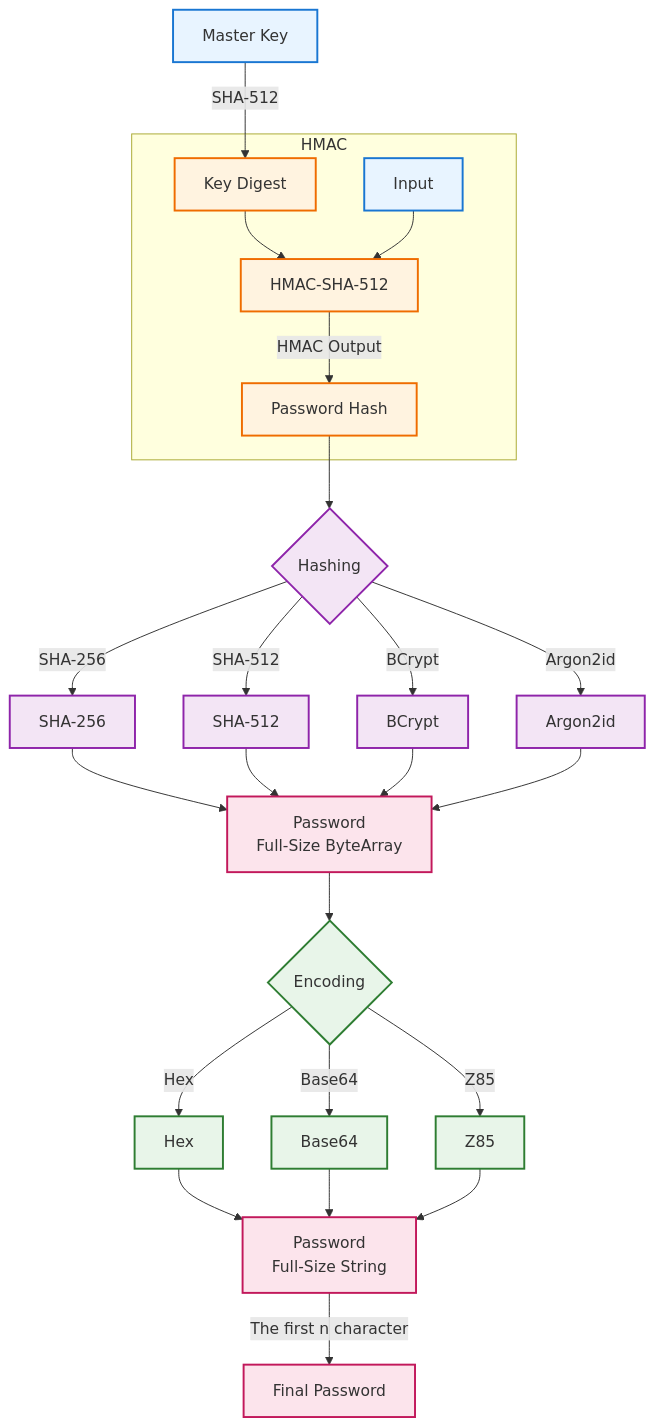
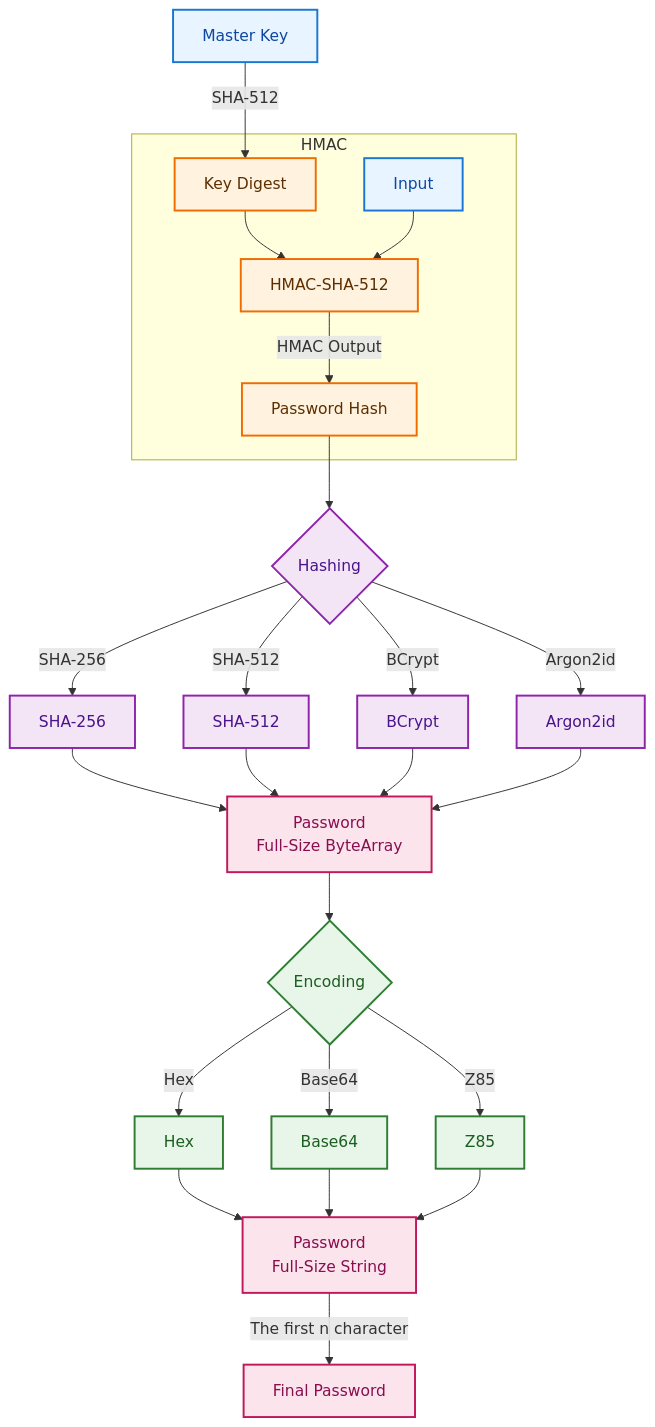
One commit to nasiri97/PassGen changed the diagram in README.md. Above: the diagram before and after it, drawn with Mermaid.

Commit message:
Improve the text color of Reame

````diff
--- a/README.md
+++ b/README.md
@@ -27,68 +27,68 @@
 ```mermaid
 flowchart TD
-    %% ─────────────────────────────────────────────
-    %% Key Derivation / Authentication
-    %% ─────────────────────────────────────────────
+%% ─────────────────────────────────────────────
+%% Key Derivation / Authentication
+%% ─────────────────────────────────────────────
 
     MK["Master Key"] -->|SHA-512| KD["Key Digest"]
 
-		subgraph HMAC_STAGE["HMAC"]
-    KD --> HMAC["HMAC-SHA-512"]
-    IN["Input"] --> HMAC
+    subgraph HMAC_STAGE["HMAC"]
+        KD --> HMAC["HMAC-SHA-512"]
+        IN["Input"] --> HMAC
 
-    HMAC -->|HMAC Output| HASH["Password Hash"]
+        HMAC -->|HMAC Output| HASH["Password Hash"]
     end
-    
 
-    %% ─────────────────────────────────────────────
-    %% Password Hashing / KDF
-    %% ─────────────────────────────────────────────
+
+%% ─────────────────────────────────────────────
+%% Password Hashing / KDF
+%% ─────────────────────────────────────────────
 
     HASH --> ALG{"Hashing"}
 
     ALG -->|SHA-256| SHA256["SHA-256"]
     ALG -->|SHA-512| SHA512["SHA-512"]
     ALG -->|BCrypt| BCRYPT["BCrypt"]
     ALG -->|Argon2id| ARGON["Argon2id"]
 
     SHA256 --> RAW["Password<br/>Full-Size ByteArray"]
     SHA512 --> RAW
     BCRYPT --> RAW
     ARGON --> RAW
 
-    %% ─────────────────────────────────────────────
-    %% Encoding
-    %% ─────────────────────────────────────────────
+%% ─────────────────────────────────────────────
+%% Encoding
+%% ─────────────────────────────────────────────
 
     RAW --> ENC{"Encoding"}
 
     ENC -->|Hex| HEX["Hex"]
     ENC -->|Base64| BASE64["Base64"]
     ENC -->|Z85| Z85["Z85"]
 
     HEX --> STR["Password<br/>Full-Size String"]
     BASE64 --> STR
     Z85 --> STR
 
-    %% ─────────────────────────────────────────────
-    %% Final Output
-    %% ─────────────────────────────────────────────
+%% ─────────────────────────────────────────────
+%% Final Output
+%% ─────────────────────────────────────────────
 
     STR -->|The first n character| OUT["Final Password"]
 
-    %% ─────────────────────────────────────────────
-    %% Styling
-    %% ─────────────────────────────────────────────
+%% ─────────────────────────────────────────────
+%% Styling
+%% ─────────────────────────────────────────────
 
-    classDef input fill:#e8f4ff,stroke:#1976d2,stroke-width:2px
-    classDef crypto fill:#fff3e0,stroke:#ef6c00,stroke-width:2px
-    classDef algorithm fill:#f3e5f5,stroke:#8e24aa,stroke-width:2px
-    classDef encoding fill:#e8f5e9,stroke:#2e7d32,stroke-width:2px
-    classDef output fill:#fce4ec,stroke:#c2185b,stroke-width:2px
+    classDef input fill:#e8f4ff,stroke:#1976d2,stroke-width:2px,color:#0d47a1
+    classDef crypto fill:#fff3e0,stroke:#ef6c00,stroke-width:2px,color:#5d2f00
+    classDef algorithm fill:#f3e5f5,stroke:#8e24aa,stroke-width:2px,color:#4a148c
+    classDef encoding fill:#e8f5e9,stroke:#2e7d32,stroke-width:2px,color:#1b5e20
+    classDef output fill:#fce4ec,stroke:#c2185b,stroke-width:2px,color:#880e4f
 
     class MK,IN input
     class KD,HMAC,HASH crypto
     class ALG,SHA256,SHA512,BCRYPT,ARGON algorithm
     class ENC,HEX,BASE64,Z85 encoding
     class RAW,STR,OUT output
 ```
````
